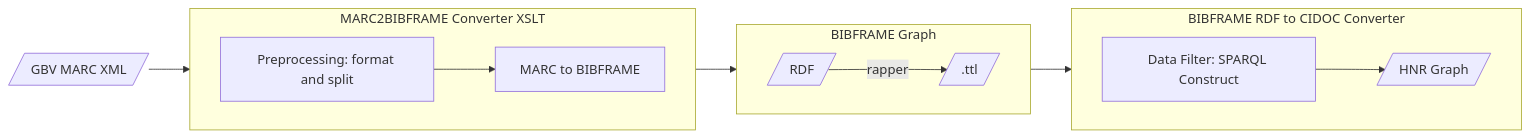
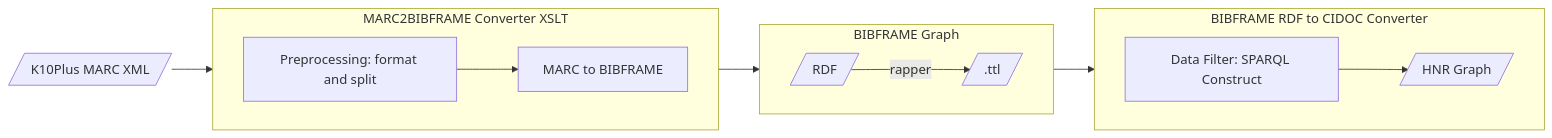
The diagram in k10plus/README.md (sonar-idh/marketplace-backend), drawn with Mermaid before and after one commit. The commit also changed other lines of this file and 17 other files, not shown here.

````diff
--- a/k10plus/README.md
+++ b/k10plus/README.md
@@ -6,20 +4,21 @@
   ```mermaid
 flowchart LR
     subgraph MARC2BIBFRAME[MARC2BIBFRAME Converter XSLT]
         direction LR
         m1[Preprocessing: format and split] --> m2[MARC to BIBFRAME]
     end
     subgraph RDF2CIDOC[BIBFRAME RDF to CIDOC Converter]
         direction LR
         f --> t2[/HNR Graph/]
     end
     subgraph BIBFRAME2[BIBFRAME Graph]
         direction LR
     m2 --> r[/RDF/]
     r -->|rapper| t[/.ttl/]
 
     end
 
-    s1[/GBV MARC XML/] --> m1
+    s1[/K10Plus MARC XML/] --> m1
     t --> f[Data Filter: SPARQL Construct]
-  ```
+
+```
````
